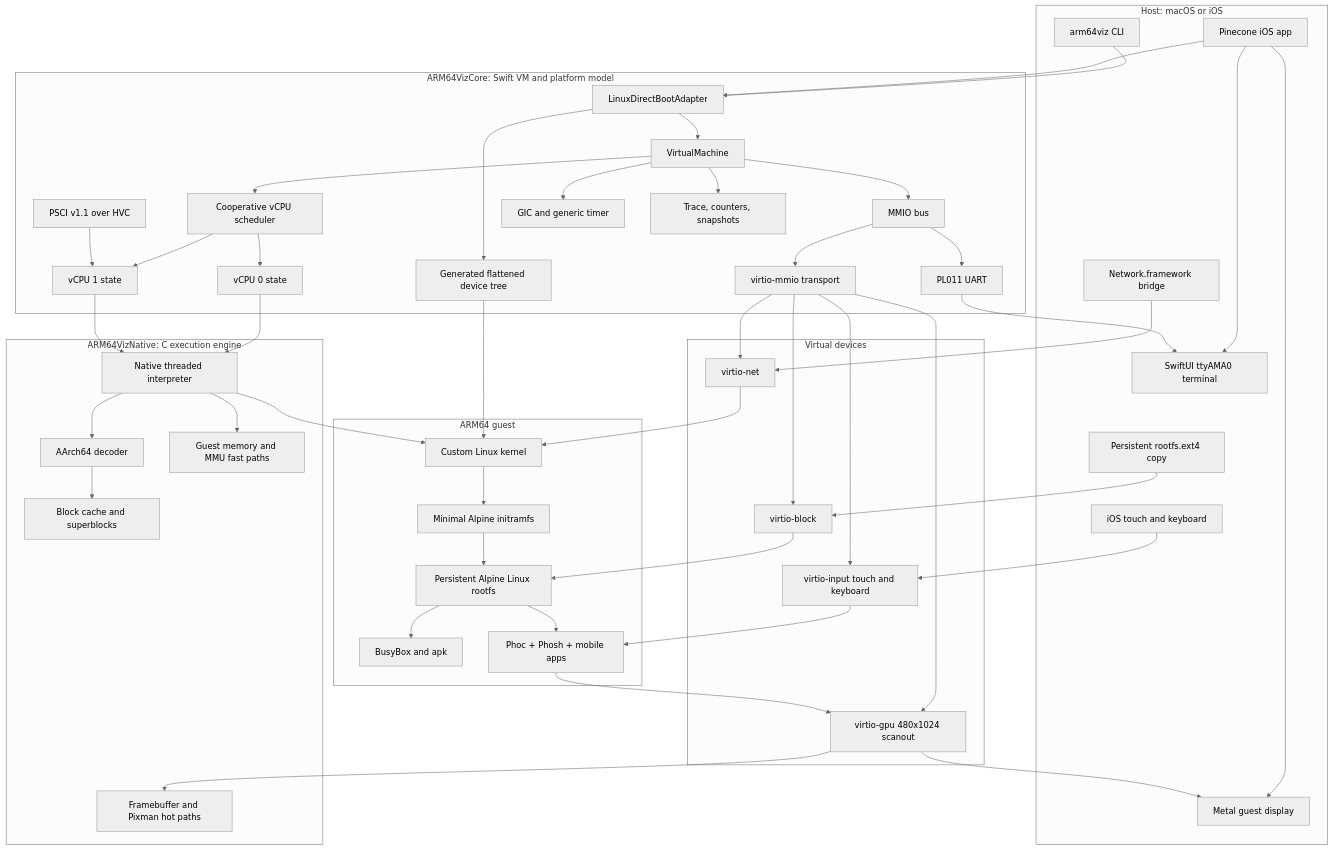
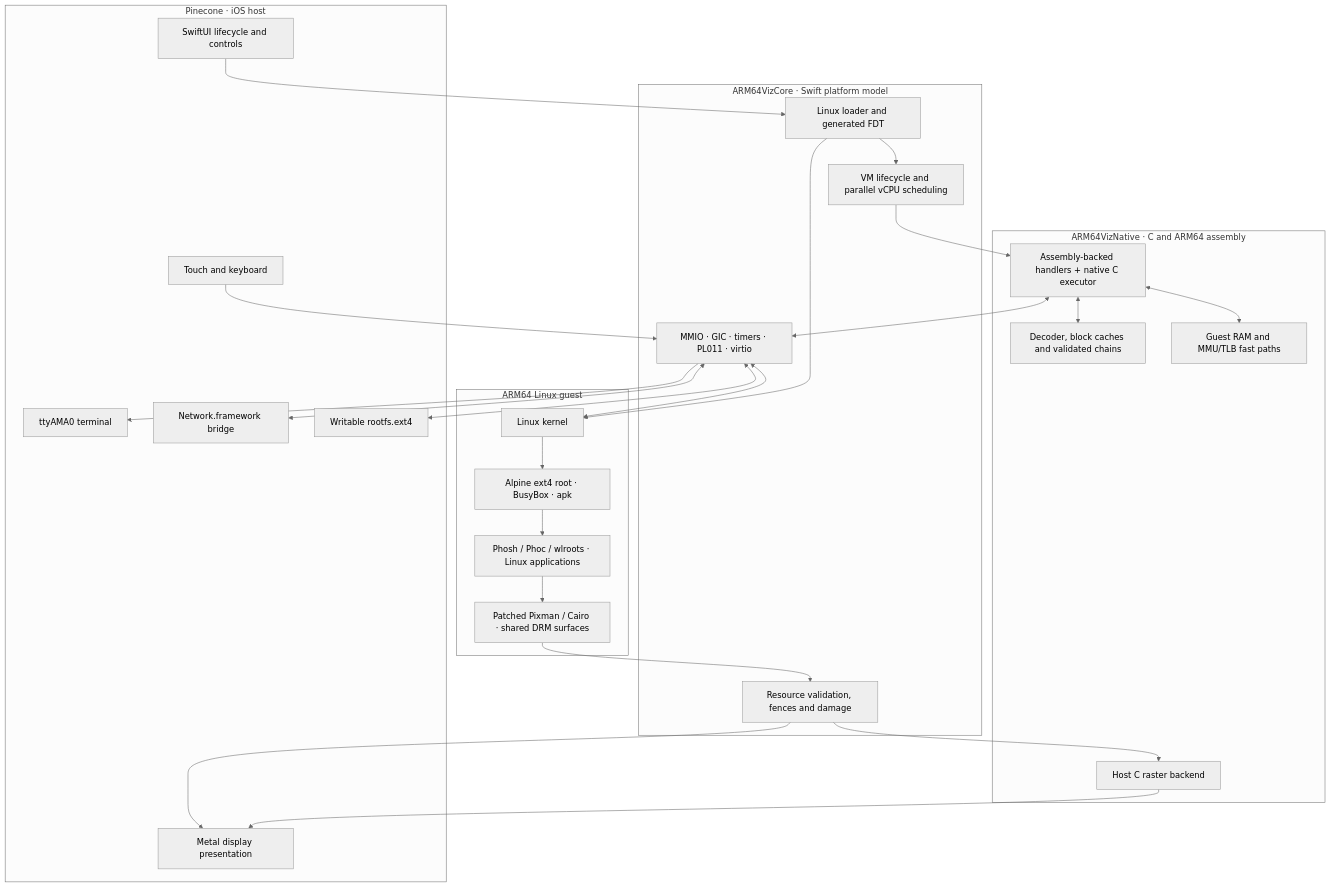
The diagram in README.md (guillermo-moran/Pinecone), drawn with Mermaid (neutral theme) before and after one commit. The commit also changed other lines of this file and 35 other files, not shown here.

````diff
--- a/README.md
+++ b/README.md
@@ -35,93 +37,52 @@
 ```mermaid
 flowchart TB
-    subgraph Host["Host: macOS or iOS"]
-        CLI["arm64viz CLI"]
-        Pinecone["Pinecone iOS app"]
-        Terminal["SwiftUI ttyAMA0 terminal"]
-        Metal["Metal guest display"]
-        Input["iOS touch and keyboard"]
-        HostNet["Network.framework bridge"]
-        DiskFile["Persistent rootfs.ext4 copy"]
+    subgraph App["Pinecone · iOS host"]
+        Controls["SwiftUI lifecycle and controls"]
+        Terminal["ttyAMA0 terminal"]
+        Input["Touch and keyboard"]
+        Display["Metal display presentation"]
+        Network["Network.framework bridge"]
+        Disk["Writable rootfs.ext4"]
     end
 
-    subgraph Core["ARM64VizCore: Swift VM and platform model"]
-        Boot["LinuxDirectBootAdapter"]
-        VM["VirtualMachine"]
-        Scheduler["Cooperative vCPU scheduler"]
-        VCPU0["vCPU 0 state"]
-        VCPU1["vCPU 1 state"]
-        PSCI["PSCI v1.1 over HVC"]
-        FDT["Generated flattened device tree"]
-        MMIO["MMIO bus"]
-        IRQ["GIC and generic timer"]
-        UART["PL011 UART"]
-        VirtIO["virtio-mmio transport"]
-        Debug["Trace, counters, snapshots"]
+    subgraph Core["ARM64VizCore · Swift platform model"]
+        Boot["Linux loader and generated FDT"]
+        Runtime["VM lifecycle and parallel vCPU scheduling"]
+        Devices["MMIO · GIC · timers · PL011 · virtio"]
+        Graphics["Resource validation, fences and damage"]
     end
 
-    subgraph Native["ARM64VizNative: C execution engine"]
-        Decoder["AArch64 decoder"]
-        Blocks["Block cache and superblocks"]
-        CPU["Native threaded interpreter"]
-        Memory["Guest memory and MMU fast paths"]
-        Pixels["Framebuffer and Pixman hot paths"]
+    subgraph Native["ARM64VizNative · C and ARM64 assembly"]
+        Execute["Assembly-backed handlers + native C executor"]
+        Cache["Decoder, block caches and validated chains"]
+        Memory["Guest RAM and MMU/TLB fast paths"]
+        Raster["Host C raster backend"]
     end
 
-    subgraph Devices["Virtual devices"]
-        VBlock["virtio-block"]
-        VNet["virtio-net"]
-        VInput["virtio-input touch and keyboard"]
-        VGPU["virtio-gpu 480x1024 scanout"]
+    subgraph Guest["ARM64 Linux guest"]
+        Kernel["Linux kernel"]
+        Root["Alpine ext4 root · BusyBox · apk"]
+        Desktop["Phosh / Phoc / wlroots · Linux applications"]
+        Bridge["Patched Pixman / Cairo · shared DRM surfaces"]
     end
 
-    subgraph Guest["ARM64 guest"]
-        Kernel["Custom Linux kernel"]
-        Initrd["Minimal Alpine initramfs"]
-        Alpine["Persistent Alpine Linux rootfs"]
-        Shell["BusyBox and apk"]
-        Session["Phoc + Phosh + mobile apps"]
-    end
-
-    CLI --> Boot
-    Pinecone --> Boot
-    Pinecone --> Terminal
-    Pinecone --> Metal
-    Input --> VInput
-    HostNet --> VNet
-    DiskFile --> VBlock
-
-    Boot --> FDT
-    Boot --> VM
-    VM --> Scheduler
-    Scheduler --> VCPU0
-    Scheduler --> VCPU1
-    PSCI --> VCPU1
-    VCPU0 --> CPU
-    VCPU1 --> CPU
-    CPU --> Decoder
-    Decoder --> Blocks
-    CPU --> Memory
-    VM --> MMIO
-    VM --> IRQ
-    MMIO --> UART
-    MMIO --> VirtIO
-    VirtIO --> VBlock
-    VirtIO --> VNet
-    VirtIO --> VInput
-    VirtIO --> VGPU
-    VGPU --> Pixels
-    VGPU --> Metal
-    UART --> Terminal
-    VM --> Debug
-
-    FDT --> Kernel
-    CPU --> Kernel
-    Kernel --> Initrd
-    Initrd --> Alpine
-    Alpine --> Shell
-    Alpine --> Session
-    VBlock --> Alpine
-    VNet --> Kernel
-    VInput --> Session
-    Session --> VGPU
+    Controls --> Boot
+    Boot --> Runtime
+    Runtime --> Execute
+    Execute <--> Cache
+    Execute <--> Memory
+    Execute <--> Devices
+    Devices <--> Kernel
+    Boot --> Kernel
+    Kernel --> Root
+    Root --> Desktop
+    Desktop --> Bridge
+    Bridge --> Graphics
+    Graphics --> Display
+    Graphics --> Raster
+    Raster --> Display
+    Input --> Devices
+    Devices --> Terminal
+    Devices <--> Network
+    Devices <--> Disk
 ```
````
